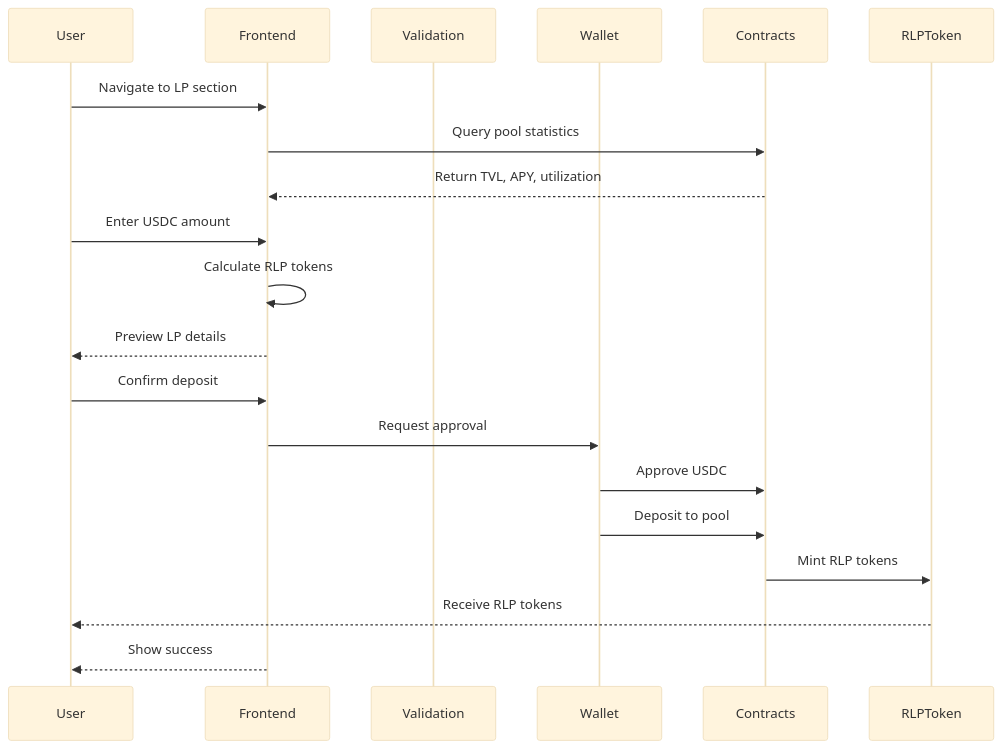
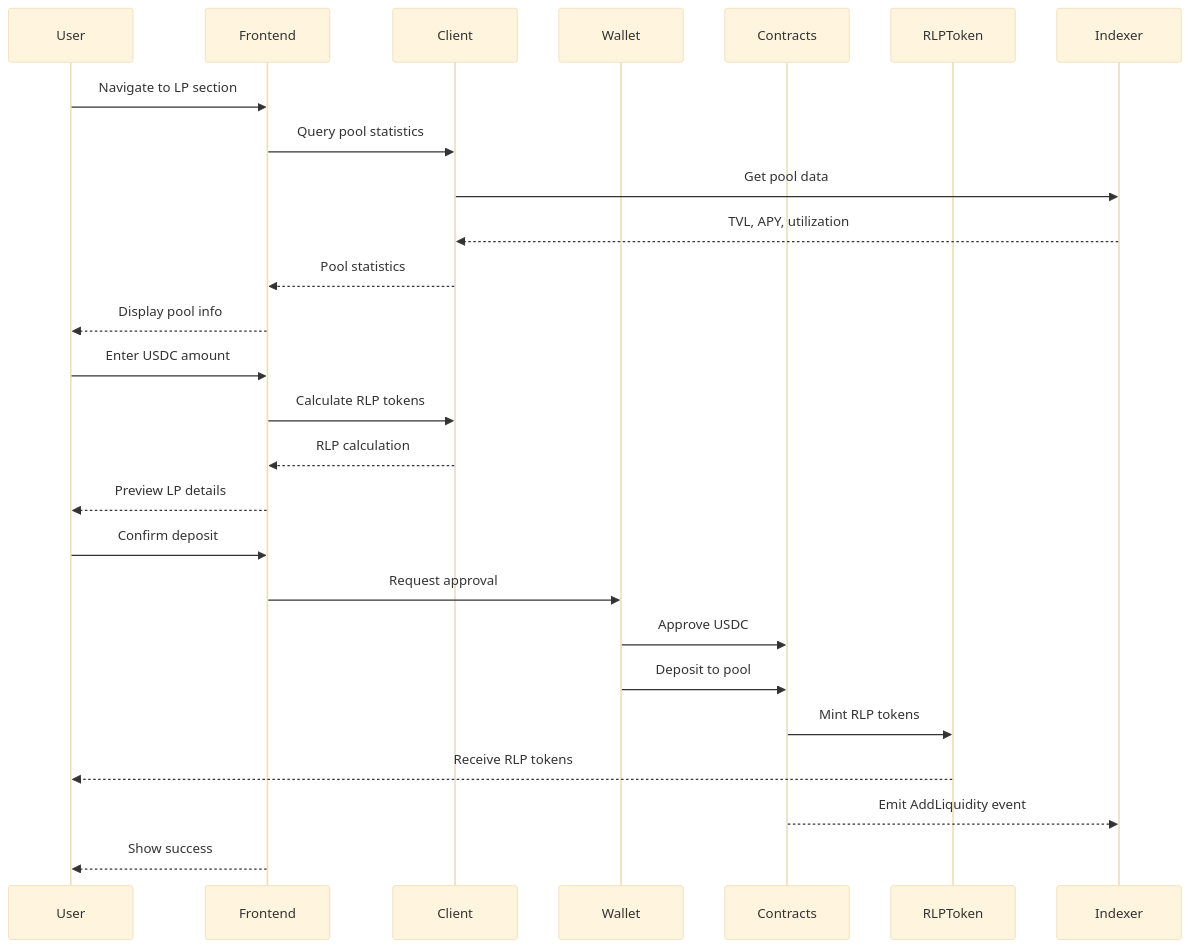
One commit to dydxprotocol/v4-web changed the tenth of 15 diagrams in project-stories-breakdown-reorganized.md. Above: the diagram before and after it, drawn with Mermaid (base theme). The commit also changed other lines of this file, not shown here.

Commit message:
docs(arch): Update user stories for correctness and clarity

````diff
--- a/project-stories-breakdown-reorganized.md
+++ b/project-stories-breakdown-reorganized.md
@@ -1520,23 +1220,29 @@
 ```mermaid
 sequenceDiagram
     participant User
     participant Frontend
-    participant Validation
+    participant Client
     participant Wallet
     participant Contracts
     participant RLPToken
+    participant Indexer
     
     User->>Frontend: Navigate to LP section
-    Frontend->>Contracts: Query pool statistics
-    Contracts-->>Frontend: Return TVL, APY, utilization
+    Frontend->>Client: Query pool statistics
+    Client->>Indexer: Get pool data
+    Indexer-->>Client: TVL, APY, utilization
+    Client-->>Frontend: Pool statistics
+    Frontend-->>User: Display pool info
     User->>Frontend: Enter USDC amount
-    Frontend->>Frontend: Calculate RLP tokens
+    Frontend->>Client: Calculate RLP tokens
+    Client-->>Frontend: RLP calculation
     Frontend-->>User: Preview LP details
     User->>Frontend: Confirm deposit
     Frontend->>Wallet: Request approval
     Wallet->>Contracts: Approve USDC
     Wallet->>Contracts: Deposit to pool
     Contracts->>RLPToken: Mint RLP tokens
     RLPToken-->>User: Receive RLP tokens
+    Contracts-->>Indexer: Emit AddLiquidity event
     Frontend-->>User: Show success
 ```
````
